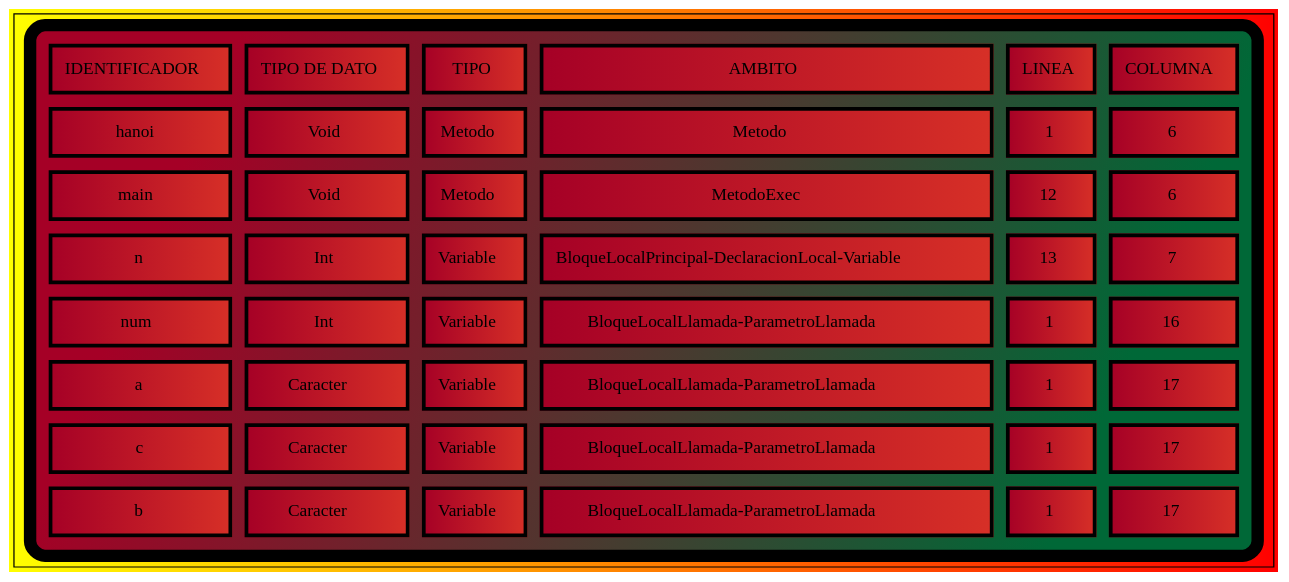
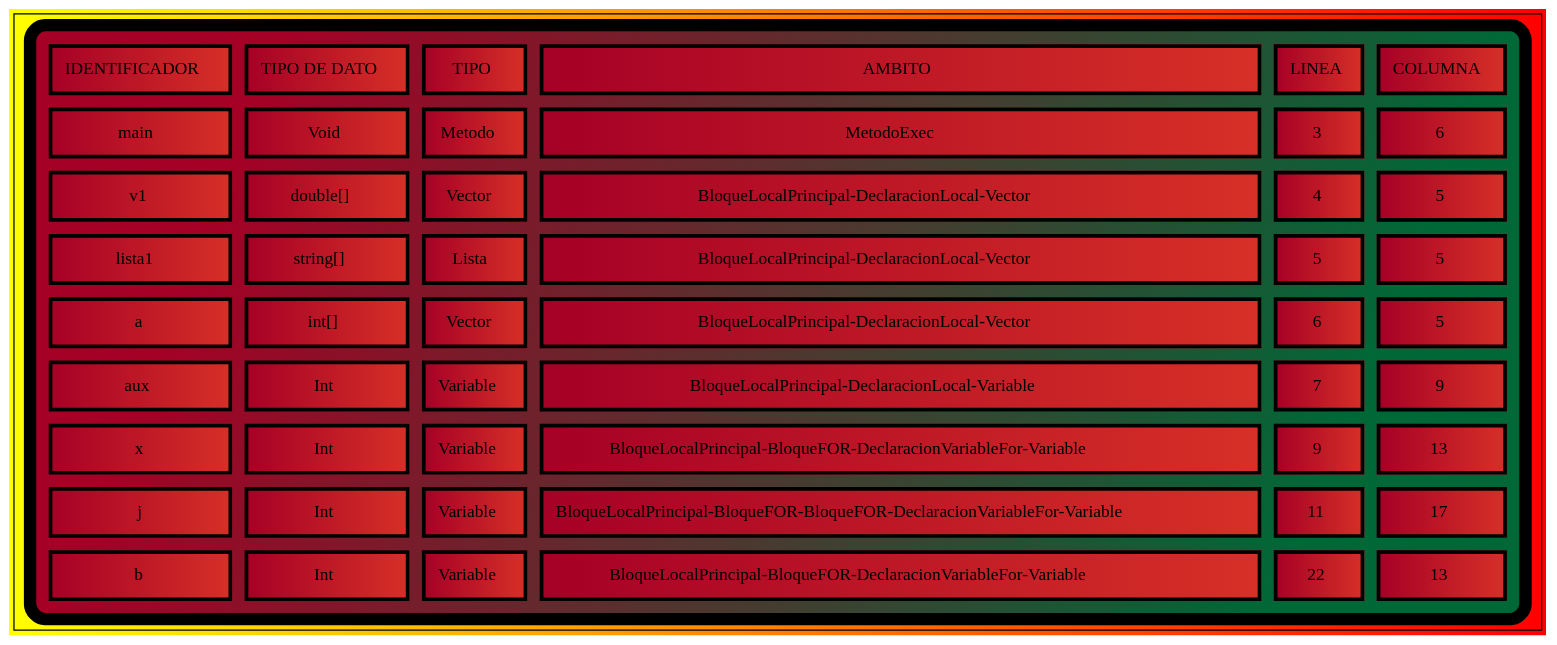
The diagram in backend/routes/arbol/TS.dot (cocacore7/OLC1-Proyecto2-201908335), drawn with Graphviz before and after one commit. The commit also changed 5 other files, not shown here.

```diff
--- a/backend/routes/arbol/TS.dot
+++ b/backend/routes/arbol/TS.dot
@@ -1,70 +1,78 @@
 digraph G { bgcolor="yellow:red"
 node [shape=filled];
 a0 [label=<
 <TABLE border="10" cellspacing="10" cellpadding="10" style="rounded" bgcolor="/rdylgn11/1:/rdylgn11/11" gradientangle="315">
 <TR>
 <TD border="3"  bgcolor="/rdylgn11/1:/rdylgn11/2">IDENTIFICADOR</TD>
 <TD border="3"  bgcolor="/rdylgn11/1:/rdylgn11/2">TIPO DE DATO</TD>
 <TD border="3"  bgcolor="/rdylgn11/1:/rdylgn11/2">TIPO</TD>
 <TD border="3"  bgcolor="/rdylgn11/1:/rdylgn11/2">AMBITO</TD>
 <TD border="3"  bgcolor="/rdylgn11/1:/rdylgn11/2">LINEA</TD>
 <TD border="3"  bgcolor="/rdylgn11/1:/rdylgn11/2">COLUMNA</TD>
 </TR>
 <TR>
-<TD border="3"  bgcolor="/rdylgn11/1:/rdylgn11/2">hanoi</TD>
-<TD border="3"  bgcolor="/rdylgn11/1:/rdylgn11/2">Void</TD>
-<TD border="3"  bgcolor="/rdylgn11/1:/rdylgn11/2">Metodo</TD>
-<TD border="3"  bgcolor="/rdylgn11/1:/rdylgn11/2">Metodo</TD>
-<TD border="3"  bgcolor="/rdylgn11/1:/rdylgn11/2">1</TD>
-<TD border="3"  bgcolor="/rdylgn11/1:/rdylgn11/2">6</TD>
-</TR>
-<TR>
 <TD border="3"  bgcolor="/rdylgn11/1:/rdylgn11/2">main</TD>
 <TD border="3"  bgcolor="/rdylgn11/1:/rdylgn11/2">Void</TD>
 <TD border="3"  bgcolor="/rdylgn11/1:/rdylgn11/2">Metodo</TD>
 <TD border="3"  bgcolor="/rdylgn11/1:/rdylgn11/2">MetodoExec</TD>
-<TD border="3"  bgcolor="/rdylgn11/1:/rdylgn11/2">12</TD>
+<TD border="3"  bgcolor="/rdylgn11/1:/rdylgn11/2">3</TD>
 <TD border="3"  bgcolor="/rdylgn11/1:/rdylgn11/2">6</TD>
 </TR>
 <TR>
-<TD border="3"  bgcolor="/rdylgn11/1:/rdylgn11/2">n</TD>
+<TD border="3"  bgcolor="/rdylgn11/1:/rdylgn11/2">v1</TD>
+<TD border="3"  bgcolor="/rdylgn11/1:/rdylgn11/2">double[]</TD>
+<TD border="3"  bgcolor="/rdylgn11/1:/rdylgn11/2">Vector</TD>
+<TD border="3"  bgcolor="/rdylgn11/1:/rdylgn11/2">BloqueLocalPrincipal-DeclaracionLocal-Vector</TD>
+<TD border="3"  bgcolor="/rdylgn11/1:/rdylgn11/2">4</TD>
+<TD border="3"  bgcolor="/rdylgn11/1:/rdylgn11/2">5</TD>
+</TR>
+<TR>
+<TD border="3"  bgcolor="/rdylgn11/1:/rdylgn11/2">lista1</TD>
+<TD border="3"  bgcolor="/rdylgn11/1:/rdylgn11/2">string[]</TD>
+<TD border="3"  bgcolor="/rdylgn11/1:/rdylgn11/2">Lista</TD>
+<TD border="3"  bgcolor="/rdylgn11/1:/rdylgn11/2">BloqueLocalPrincipal-DeclaracionLocal-Vector</TD>
+<TD border="3"  bgcolor="/rdylgn11/1:/rdylgn11/2">5</TD>
+<TD border="3"  bgcolor="/rdylgn11/1:/rdylgn11/2">5</TD>
+</TR>
+<TR>
+<TD border="3"  bgcolor="/rdylgn11/1:/rdylgn11/2">a</TD>
+<TD border="3"  bgcolor="/rdylgn11/1:/rdylgn11/2">int[]</TD>
+<TD border="3"  bgcolor="/rdylgn11/1:/rdylgn11/2">Vector</TD>
+<TD border="3"  bgcolor="/rdylgn11/1:/rdylgn11/2">BloqueLocalPrincipal-DeclaracionLocal-Vector</TD>
+<TD border="3"  bgcolor="/rdylgn11/1:/rdylgn11/2">6</TD>
+<TD border="3"  bgcolor="/rdylgn11/1:/rdylgn11/2">5</TD>
+</TR>
+<TR>
+<TD border="3"  bgcolor="/rdylgn11/1:/rdylgn11/2">aux</TD>
 <TD border="3"  bgcolor="/rdylgn11/1:/rdylgn11/2">Int</TD>
 <TD border="3"  bgcolor="/rdylgn11/1:/rdylgn11/2">Variable</TD>
 <TD border="3"  bgcolor="/rdylgn11/1:/rdylgn11/2">BloqueLocalPrincipal-DeclaracionLocal-Variable</TD>
-<TD border="3"  bgcolor="/rdylgn11/1:/rdylgn11/2">13</TD>
 <TD border="3"  bgcolor="/rdylgn11/1:/rdylgn11/2">7</TD>
+<TD border="3"  bgcolor="/rdylgn11/1:/rdylgn11/2">9</TD>
 </TR>
 <TR>
-<TD border="3"  bgcolor="/rdylgn11/1:/rdylgn11/2">num</TD>
+<TD border="3"  bgcolor="/rdylgn11/1:/rdylgn11/2">x</TD>
 <TD border="3"  bgcolor="/rdylgn11/1:/rdylgn11/2">Int</TD>
 <TD border="3"  bgcolor="/rdylgn11/1:/rdylgn11/2">Variable</TD>
-<TD border="3"  bgcolor="/rdylgn11/1:/rdylgn11/2">BloqueLocalLlamada-ParametroLlamada</TD>
-<TD border="3"  bgcolor="/rdylgn11/1:/rdylgn11/2">1</TD>
-<TD border="3"  bgcolor="/rdylgn11/1:/rdylgn11/2">16</TD>
+<TD border="3"  bgcolor="/rdylgn11/1:/rdylgn11/2">BloqueLocalPrincipal-BloqueFOR-DeclaracionVariableFor-Variable</TD>
+<TD border="3"  bgcolor="/rdylgn11/1:/rdylgn11/2">9</TD>
+<TD border="3"  bgcolor="/rdylgn11/1:/rdylgn11/2">13</TD>
 </TR>
 <TR>
-<TD border="3"  bgcolor="/rdylgn11/1:/rdylgn11/2">a</TD>
-<TD border="3"  bgcolor="/rdylgn11/1:/rdylgn11/2">Caracter</TD>
+<TD border="3"  bgcolor="/rdylgn11/1:/rdylgn11/2">j</TD>
+<TD border="3"  bgcolor="/rdylgn11/1:/rdylgn11/2">Int</TD>
 <TD border="3"  bgcolor="/rdylgn11/1:/rdylgn11/2">Variable</TD>
-<TD border="3"  bgcolor="/rdylgn11/1:/rdylgn11/2">BloqueLocalLlamada-ParametroLlamada</TD>
-<TD border="3"  bgcolor="/rdylgn11/1:/rdylgn11/2">1</TD>
-<TD border="3"  bgcolor="/rdylgn11/1:/rdylgn11/2">17</TD>
-</TR>
-<TR>
-<TD border="3"  bgcolor="/rdylgn11/1:/rdylgn11/2">c</TD>
-<TD border="3"  bgcolor="/rdylgn11/1:/rdylgn11/2">Caracter</TD>
-<TD border="3"  bgcolor="/rdylgn11/1:/rdylgn11/2">Variable</TD>
-<TD border="3"  bgcolor="/rdylgn11/1:/rdylgn11/2">BloqueLocalLlamada-ParametroLlamada</TD>
-<TD border="3"  bgcolor="/rdylgn11/1:/rdylgn11/2">1</TD>
+<TD border="3"  bgcolor="/rdylgn11/1:/rdylgn11/2">BloqueLocalPrincipal-BloqueFOR-BloqueFOR-DeclaracionVariableFor-Variable</TD>
+<TD border="3"  bgcolor="/rdylgn11/1:/rdylgn11/2">11</TD>
 <TD border="3"  bgcolor="/rdylgn11/1:/rdylgn11/2">17</TD>
 </TR>
 <TR>
 <TD border="3"  bgcolor="/rdylgn11/1:/rdylgn11/2">b</TD>
-<TD border="3"  bgcolor="/rdylgn11/1:/rdylgn11/2">Caracter</TD>
+<TD border="3"  bgcolor="/rdylgn11/1:/rdylgn11/2">Int</TD>
 <TD border="3"  bgcolor="/rdylgn11/1:/rdylgn11/2">Variable</TD>
-<TD border="3"  bgcolor="/rdylgn11/1:/rdylgn11/2">BloqueLocalLlamada-ParametroLlamada</TD>
-<TD border="3"  bgcolor="/rdylgn11/1:/rdylgn11/2">1</TD>
-<TD border="3"  bgcolor="/rdylgn11/1:/rdylgn11/2">17</TD>
+<TD border="3"  bgcolor="/rdylgn11/1:/rdylgn11/2">BloqueLocalPrincipal-BloqueFOR-DeclaracionVariableFor-Variable</TD>
+<TD border="3"  bgcolor="/rdylgn11/1:/rdylgn11/2">22</TD>
+<TD border="3"  bgcolor="/rdylgn11/1:/rdylgn11/2">13</TD>
 </TR>
 </TABLE>>];
 }
```
